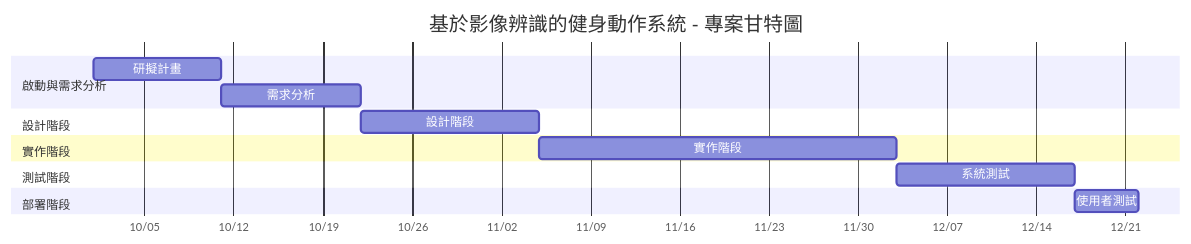
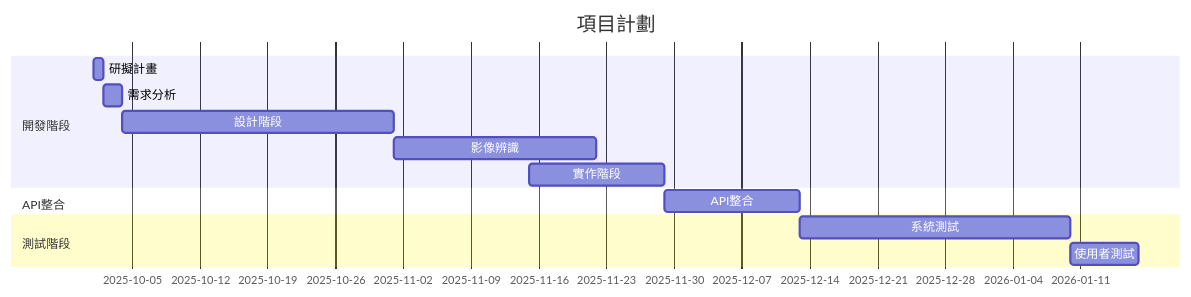
Before and after one commit to kyw012/team-project: the diagram in 小組作業2.md, drawn with Mermaid. The commit also changed other lines of this file, not shown here.

````diff
--- a/小組作業2.md
+++ b/小組作業2.md
@@ -15,18 +15,20 @@
 ```mermaid
 gantt
-    title 基於影像辨識的健身動作系統 - 專案甘特圖
+    title 項目計劃
     dateFormat  YYYY-MM-DD
-    axisFormat  %m/%d
-    section 啟動與需求分析
-    研擬計畫    :init, 2025-10-01, 10d
-    需求分析 :req, after init, 11d
-    section 設計階段
-    設計階段          :design, after req, 14d
-    section 實作階段
-    實作階段        :impl, after design, 28d
+    section 開發階段
+    研擬計畫         :2025-10-01, 1d
+    需求分析         :2025-10-02, 2d
+    設計階段         :2025-10-04, 28d
+    影像辨識         :2025-11-01, 21d
+    實作階段         :2025-11-15, 14d
+    section API整合
+    API整合         :2025-11-29, 14d
     section 測試階段
-    系統測試               :test, after impl, 14d
-    section 部署階段
-    使用者測試            :deploy, after test, 5d
+    系統測試           :2025-12-13, 28d
+    使用者測試         :2026-01-10, 7d
+    
+
+
 
 ```
````
